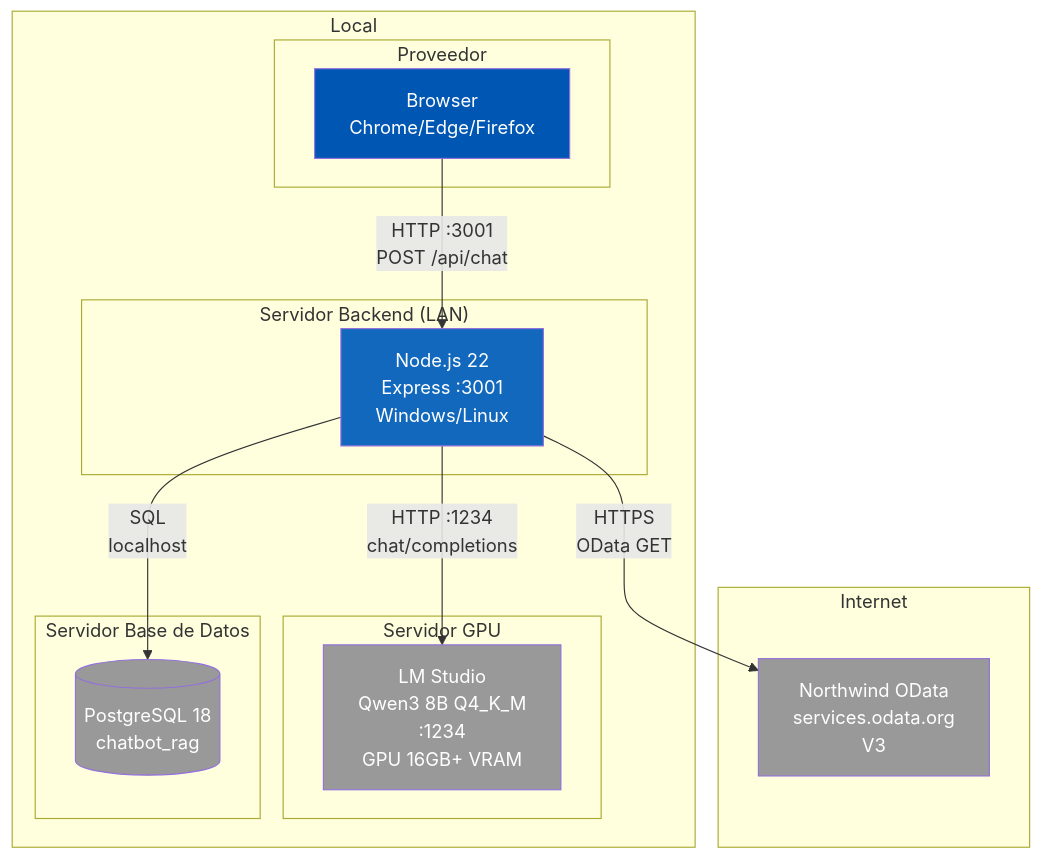
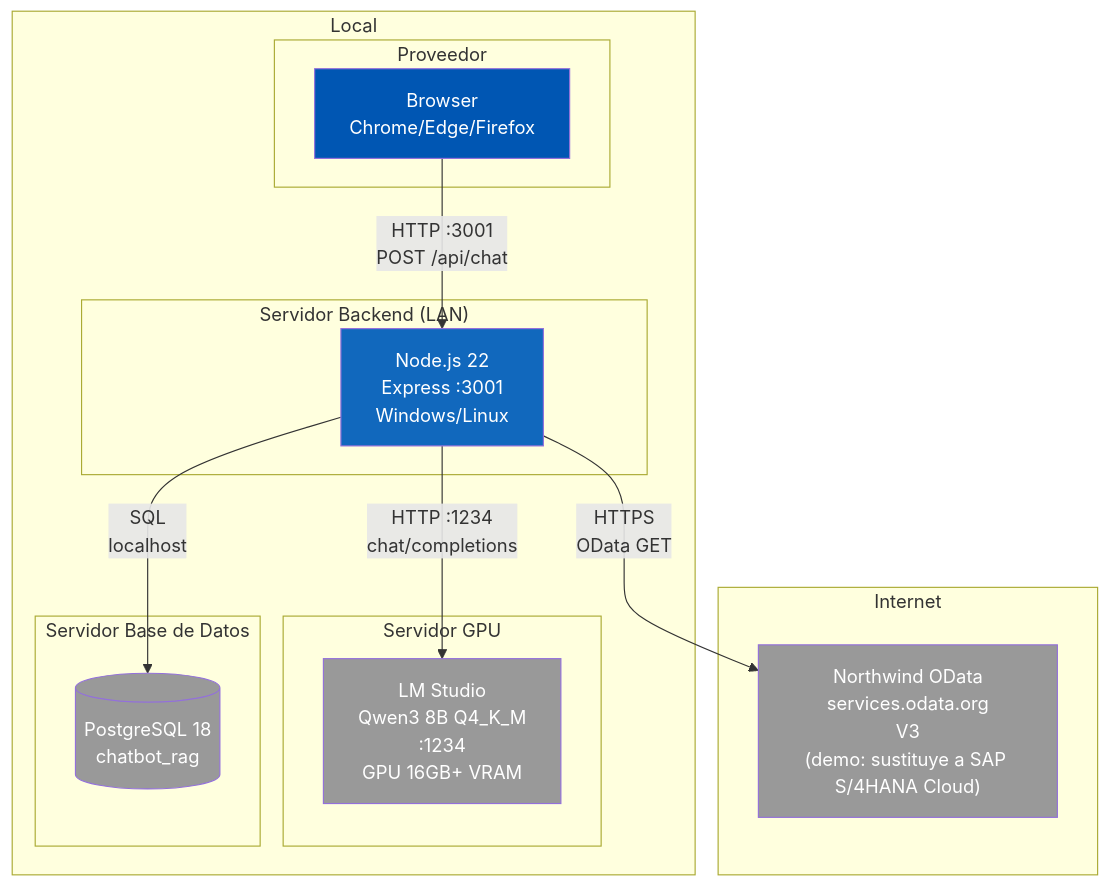
One commit to horangelmillan/chatbot-ia-local changed the diagram in docs/architecture/deployment.md. Above: the diagram before and after it, drawn with Mermaid. The commit also changed other lines of this file and 17 other files, not shown here.

````diff
--- a/docs/architecture/deployment.md
+++ b/docs/architecture/deployment.md
@@ -13,31 +13,31 @@
 ```mermaid
 graph TB
     subgraph "Local"
         subgraph "Proveedor"
             BROWSER["Browser<br/>Chrome/Edge/Firefox"]
         end
         subgraph "Servidor Backend (LAN)"
             BE["Node.js 22<br/>Express :3001<br/>Windows/Linux"]
         end
         subgraph "Servidor GPU"
             LMS["LM Studio<br/>Qwen3 8B Q4_K_M<br/>:1234<br/>GPU 16GB+ VRAM"]
         end
         subgraph "Servidor Base de Datos"
             PG[("PostgreSQL 18<br/>chatbot_rag")]
         end
     end
     subgraph "Internet"
-        NW["Northwind OData<br/>services.odata.org<br/>V3"]
+        NW["Northwind OData<br/>services.odata.org<br/>V3<br/>(demo: sustituye a SAP S/4HANA Cloud)"]
     end
 
     BROWSER -->|"HTTP :3001<br/>POST /api/chat"| BE
     BE -->|"HTTP :1234<br/>chat/completions"| LMS
     BE -->|"SQL<br/>localhost"| PG
     BE -->|"HTTPS<br/>OData GET"| NW
 
     style BROWSER fill:#0056b3,color:#fff
     style BE fill:#1168bd,color:#fff
     style LMS fill:#999999,color:#fff
     style PG fill:#999999,color:#fff
     style NW fill:#999999,color:#fff
 ```
````
